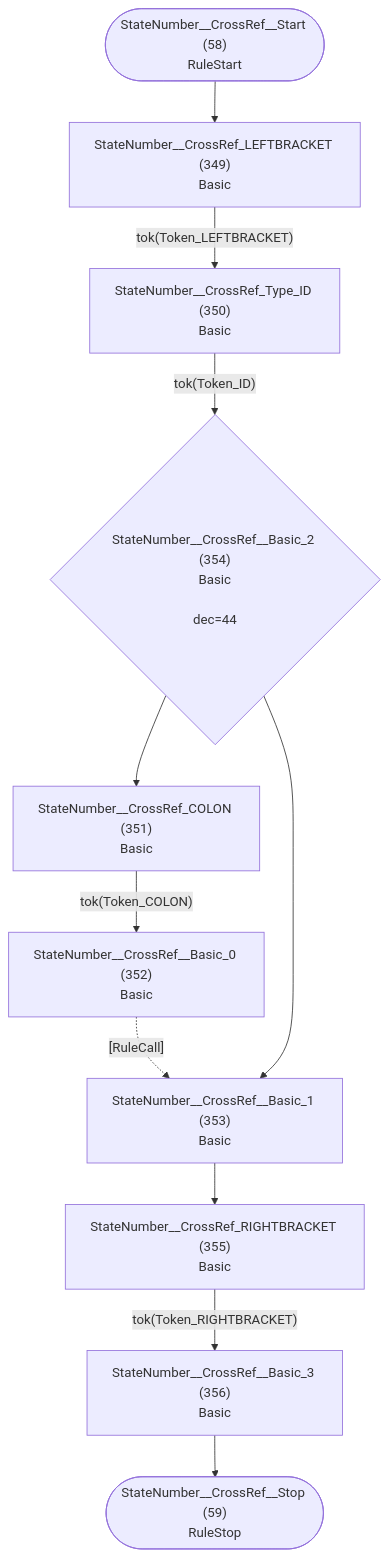
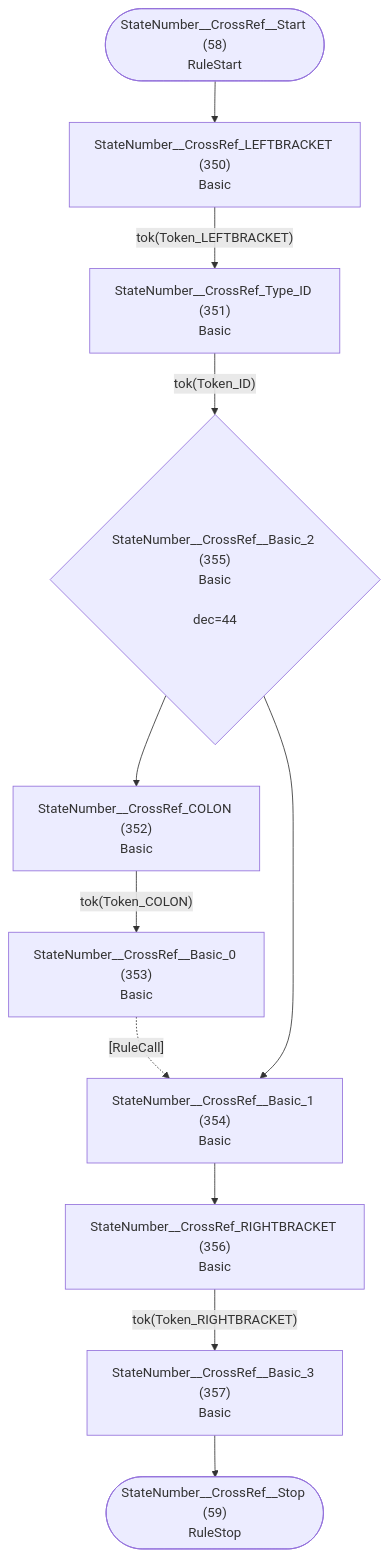
Before and after one commit to TypeFox/fastbelt: diagram 30 of 36 in internal/grammar/atn.md, drawn with Mermaid. The commit also changed other lines of this file and 9 other files, not shown here.

````diff
--- a/internal/grammar/atn.md
+++ b/internal/grammar/atn.md
@@ -911,24 +913,24 @@
 ```mermaid
 flowchart TD
     q58(["StateNumber__CrossRef__Start (58)<br/>RuleStart"])
     q59(["StateNumber__CrossRef__Stop (59)<br/>RuleStop"])
-    q349["StateNumber__CrossRef_LEFTBRACKET (349)<br/>Basic<br/>"]
-    q350["StateNumber__CrossRef_Type_ID (350)<br/>Basic<br/>"]
-    q351["StateNumber__CrossRef_COLON (351)<br/>Basic<br/>"]
-    q352["StateNumber__CrossRef__Basic_0 (352)<br/>Basic<br/>"]
-    q353["StateNumber__CrossRef__Basic_1 (353)<br/>Basic<br/>"]
-    q354{"StateNumber__CrossRef__Basic_2 (354)<br/>Basic<br/><br/>dec=44"}
-    q355["StateNumber__CrossRef_RIGHTBRACKET (355)<br/>Basic<br/>"]
-    q356["StateNumber__CrossRef__Basic_3 (356)<br/>Basic<br/>"]
+    q350["StateNumber__CrossRef_LEFTBRACKET (350)<br/>Basic<br/>"]
+    q351["StateNumber__CrossRef_Type_ID (351)<br/>Basic<br/>"]
+    q352["StateNumber__CrossRef_COLON (352)<br/>Basic<br/>"]
+    q353["StateNumber__CrossRef__Basic_0 (353)<br/>Basic<br/>"]
+    q354["StateNumber__CrossRef__Basic_1 (354)<br/>Basic<br/>"]
+    q355{"StateNumber__CrossRef__Basic_2 (355)<br/>Basic<br/><br/>dec=44"}
+    q356["StateNumber__CrossRef_RIGHTBRACKET (356)<br/>Basic<br/>"]
+    q357["StateNumber__CrossRef__Basic_3 (357)<br/>Basic<br/>"]
 
-    q58 --> q349
-    q349 -->|"tok(Token_LEFTBRACKET)"| q350
-    q350 -->|"tok(Token_ID)"| q354
-    q351 -->|"tok(Token_COLON)"| q352
-    q352 -.->|"[RuleCall]"| q353
-    q353 --> q355
-    q354 --> q351
-    q354 --> q353
-    q355 -->|"tok(Token_RIGHTBRACKET)"| q356
-    q356 --> q59
+    q58 --> q350
+    q350 -->|"tok(Token_LEFTBRACKET)"| q351
+    q351 -->|"tok(Token_ID)"| q355
+    q352 -->|"tok(Token_COLON)"| q353
+    q353 -.->|"[RuleCall]"| q354
+    q354 --> q356
+    q355 --> q352
+    q355 --> q354
+    q356 -->|"tok(Token_RIGHTBRACKET)"| q357
+    q357 --> q59
 ```
````
